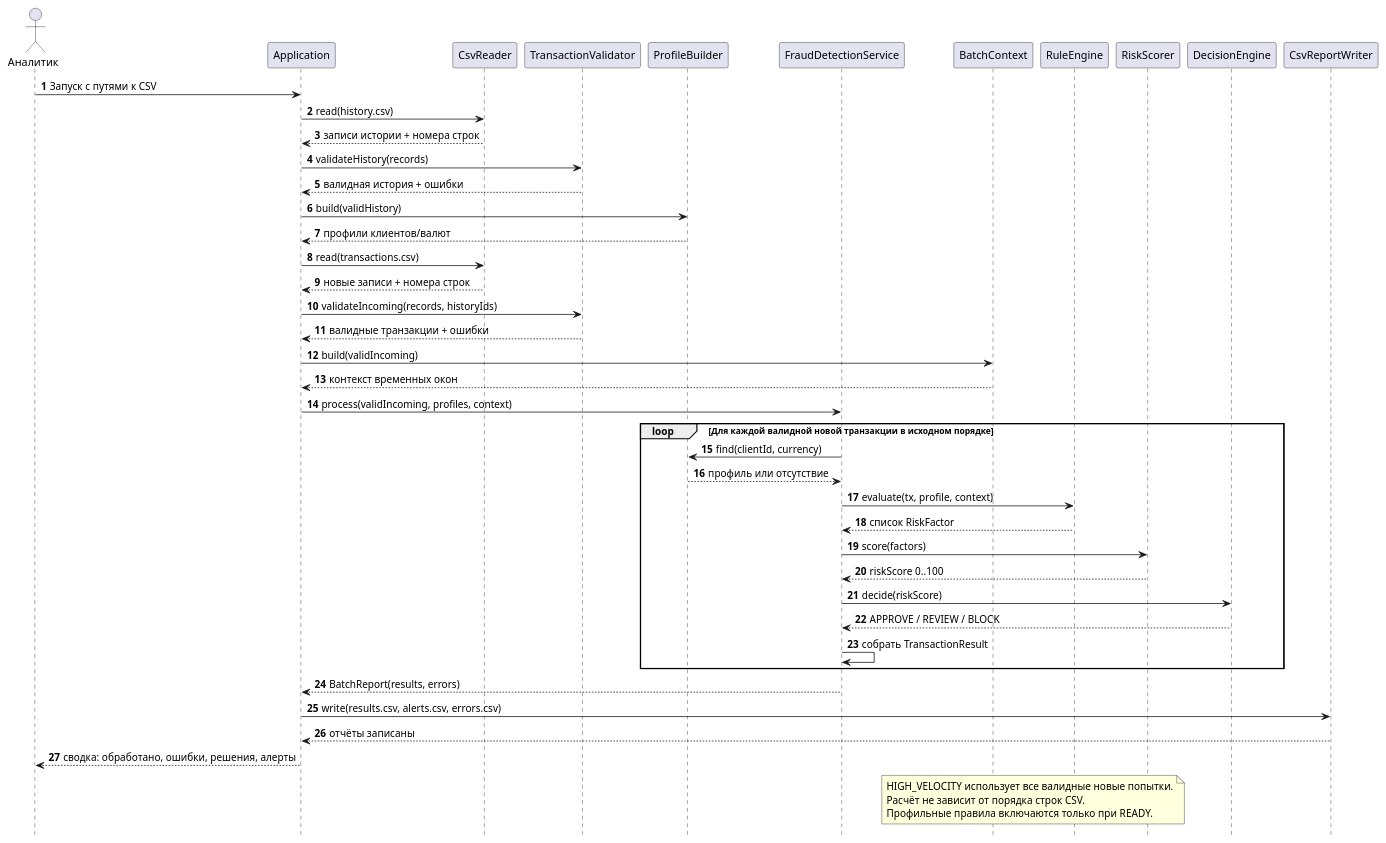
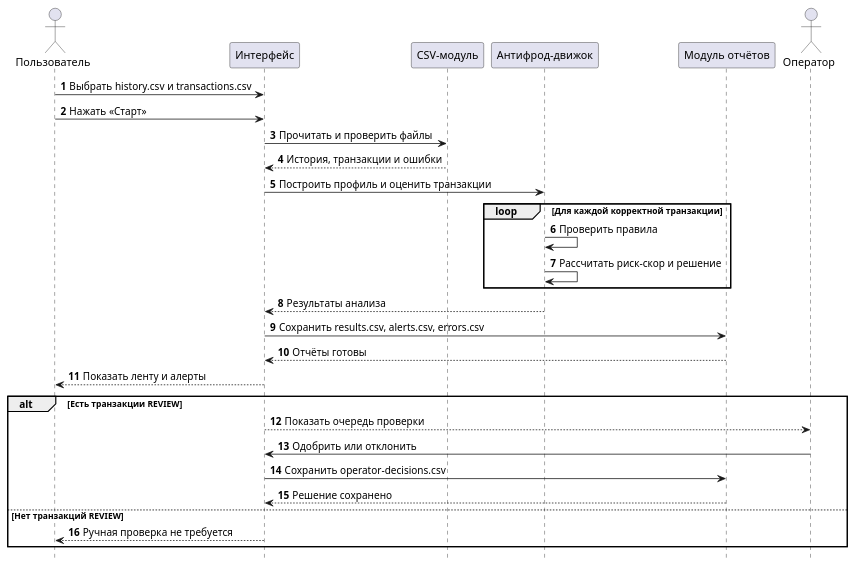
The diagram in docs/uml/sequence.puml (zaharchi52/FraudGuard), drawn with PlantUML before and after one commit. The commit also changed 50 other files, not shown here.

```diff
--- a/docs/uml/sequence.puml
+++ b/docs/uml/sequence.puml
@@ -1,56 +1,37 @@
 @startuml FraudGuard_Sequence
 hide footbox
-skinparam shadowing false
 autonumber
 
-actor "Аналитик" as User
-participant "Application" as App
-participant "CsvReader" as Csv
-participant "TransactionValidator" as Validator
-participant "ProfileBuilder" as Profiles
-participant "FraudDetectionService" as Service
-participant "BatchContext" as Context
-participant "RuleEngine" as Rules
-participant "RiskScorer" as Scorer
-participant "DecisionEngine" as Decisions
-participant "CsvReportWriter" as Writer
+actor "Пользователь" as User
+participant "Интерфейс" as UI
+participant "CSV-модуль" as CSV
+participant "Антифрод-движок" as Engine
+participant "Модуль отчётов" as Reports
+actor "Оператор" as Operator
 
-User -> App: Запуск с путями к CSV
-App -> Csv: read(history.csv)
-Csv --> App: записи истории + номера строк
-App -> Validator: validateHistory(records)
-Validator --> App: валидная история + ошибки
-App -> Profiles: build(validHistory)
-Profiles --> App: профили клиентов/валют
+User -> UI: Выбрать history.csv и transactions.csv
+User -> UI: Нажать «Старт»
+UI -> CSV: Прочитать и проверить файлы
+CSV --> UI: История, транзакции и ошибки
+UI -> Engine: Построить профиль и оценить транзакции
 
-App -> Csv: read(transactions.csv)
-Csv --> App: новые записи + номера строк
-App -> Validator: validateIncoming(records, historyIds)
-Validator --> App: валидные транзакции + ошибки
-App -> Context: build(validIncoming)
-Context --> App: контекст временных окон
-App -> Service: process(validIncoming, profiles, context)
-
-loop Для каждой валидной новой транзакции в исходном порядке
-  Service -> Profiles: find(clientId, currency)
-  Profiles --> Service: профиль или отсутствие
-  Service -> Rules: evaluate(tx, profile, context)
-  Rules --> Service: список RiskFactor
-  Service -> Scorer: score(factors)
-  Scorer --> Service: riskScore 0..100
-  Service -> Decisions: decide(riskScore)
-  Decisions --> Service: APPROVE / REVIEW / BLOCK
-  Service -> Service: собрать TransactionResult
+loop Для каждой корректной транзакции
+  Engine -> Engine: Проверить правила
+  Engine -> Engine: Рассчитать риск-скор и решение
 end
 
-Service --> App: BatchReport(results, errors)
-App -> Writer: write(results.csv, alerts.csv, errors.csv)
-Writer --> App: отчёты записаны
-App --> User: сводка: обработано, ошибки, решения, алерты
+Engine --> UI: Результаты анализа
+UI -> Reports: Сохранить results.csv, alerts.csv, errors.csv
+Reports --> UI: Отчёты готовы
+UI --> User: Показать ленту и алерты
 
-note over Context,Rules
-HIGH_VELOCITY использует все валидные новые попытки.
-Расчёт не зависит от порядка строк CSV.
-Профильные правила включаются только при READY.
-end note
+alt Есть транзакции REVIEW
+  UI --> Operator: Показать очередь проверки
+  Operator -> UI: Одобрить или отклонить
+  UI -> Reports: Сохранить operator-decisions.csv
+  Reports --> UI: Решение сохранено
+else Нет транзакций REVIEW
+  UI --> User: Ручная проверка не требуется
+end
+
 @enduml
```
